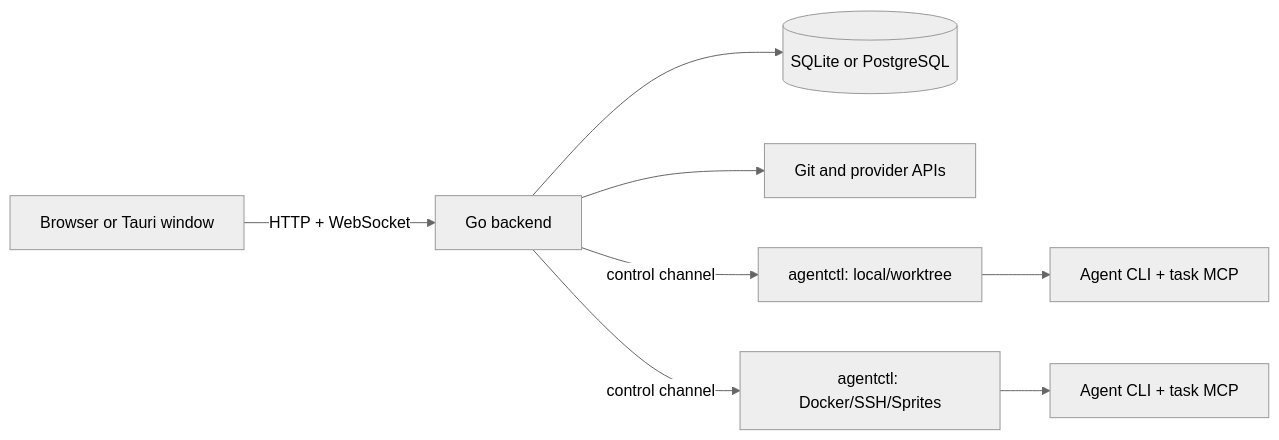
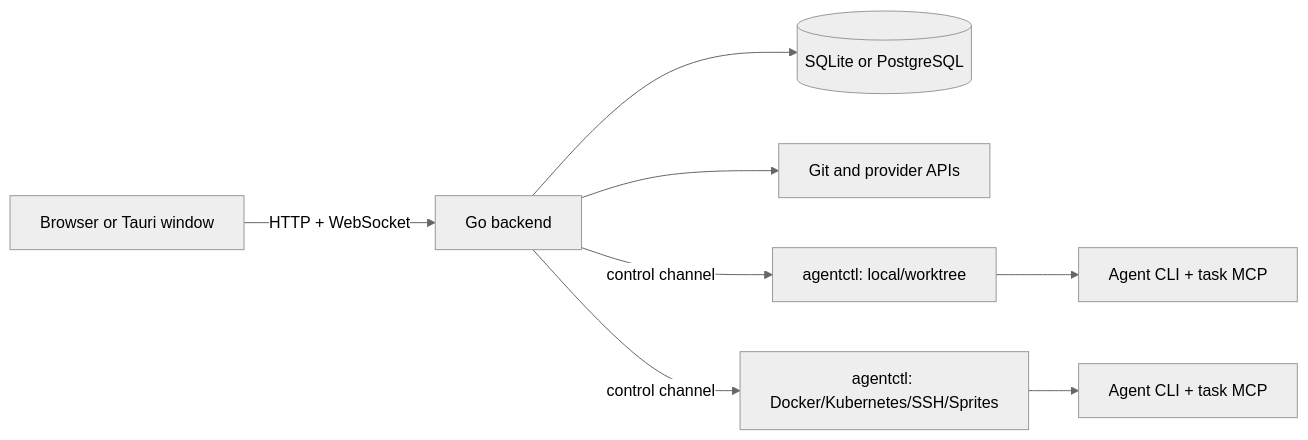
Before and after one commit to Fclem/kandev: the diagram in docs/public/architecture.md, drawn with Mermaid (neutral theme). The commit also changed other lines of this file and 375 other files, not shown here.

````diff
--- a/docs/public/architecture.md
+++ b/docs/public/architecture.md
@@ -17,10 +17,10 @@
 ```mermaid
 flowchart LR
     UI["Browser or Tauri window"] -->|HTTP + WebSocket| BE["Go backend"]
     BE --> DB[("SQLite or PostgreSQL")]
     BE --> Providers["Git and provider APIs"]
     BE -->|control channel| A1["agentctl: local/worktree"]
-    BE -->|control channel| A2["agentctl: Docker/SSH/Sprites"]
+    BE -->|control channel| A2["agentctl: Docker/Kubernetes/SSH/Sprites"]
     A1 --> Agent1["Agent CLI + task MCP"]
     A2 --> Agent2["Agent CLI + task MCP"]
 ```
````
